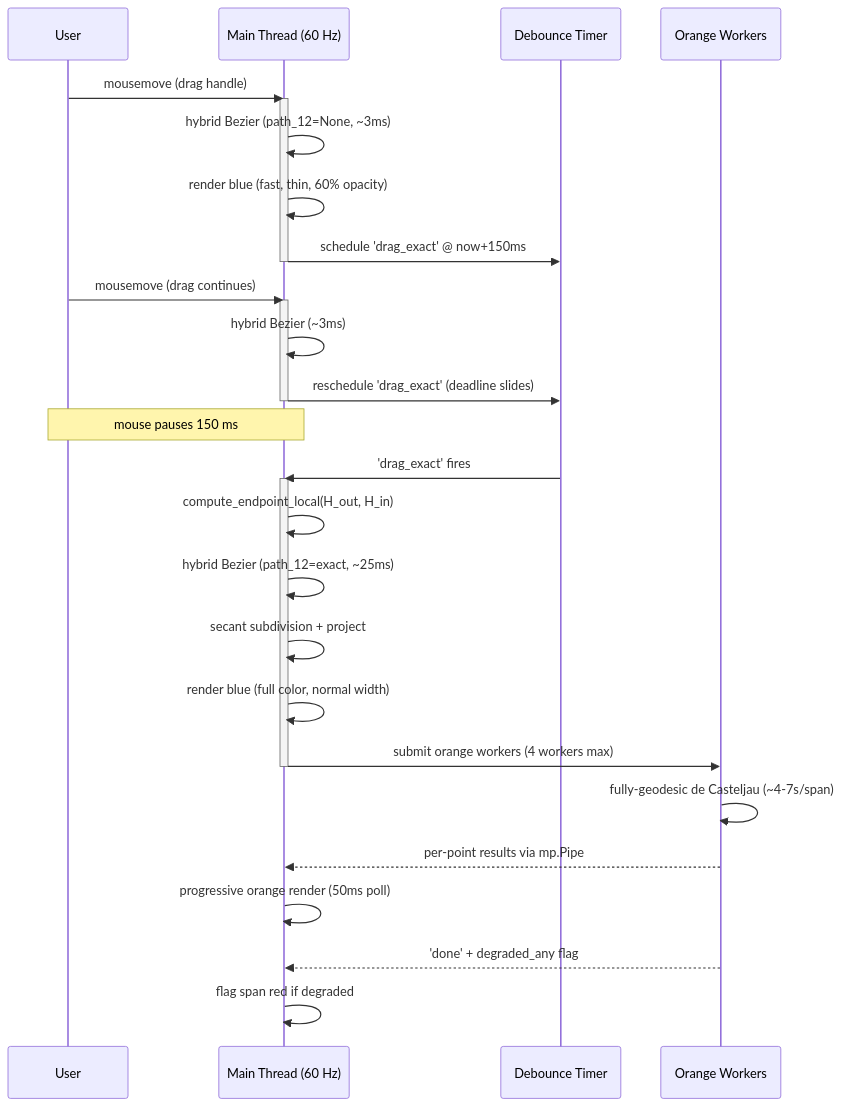
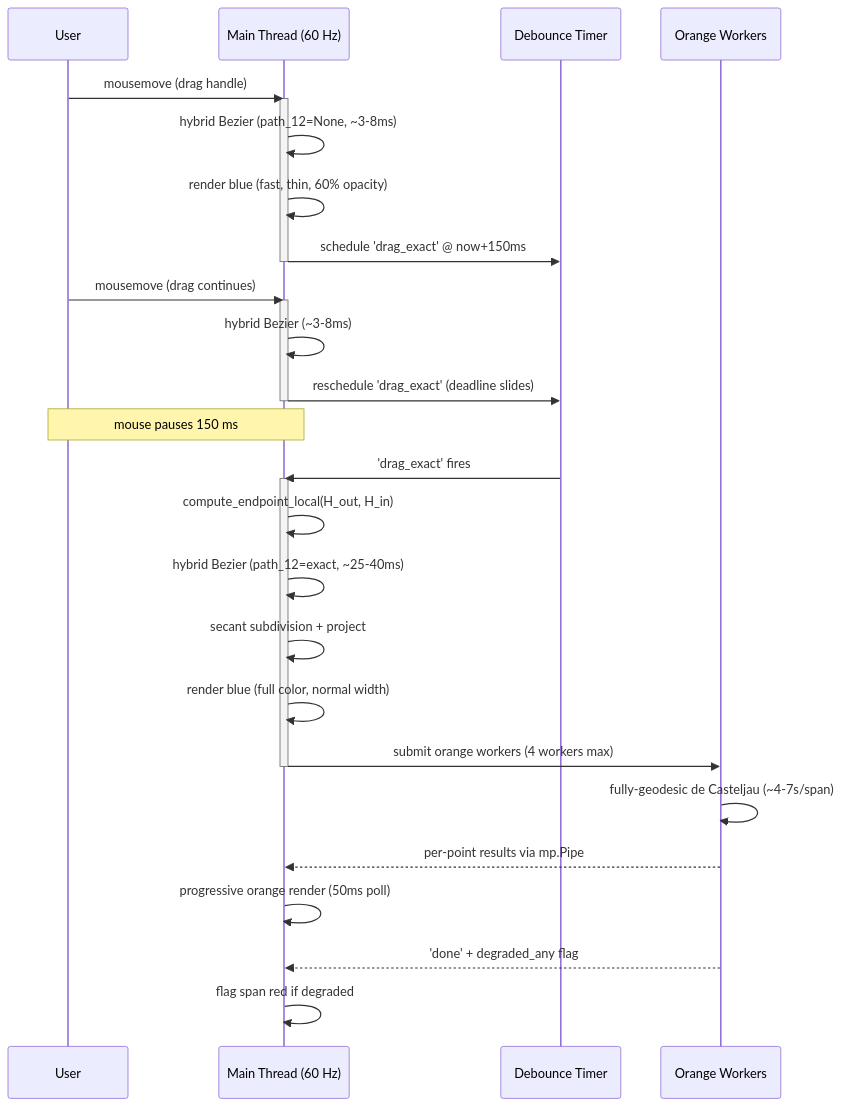
Before and after one commit to ezacur/geodesicSplines: the second of 2 diagrams in README.md, drawn with Mermaid. The commit also changed other lines of this file, not shown here.

````diff
--- a/README.md
+++ b/README.md
@@ -232,37 +244,37 @@
 ```mermaid
 sequenceDiagram
     participant U as User
     participant M as Main Thread (60 Hz)
     participant DB as Debounce Timer
     participant W as Orange Workers
 
     U->>M: mousemove (drag handle)
     activate M
-    M->>M: hybrid Bezier (path_12=None, ~3ms)
+    M->>M: hybrid Bezier (path_12=None, ~3-8ms)
     M->>M: render blue (fast, thin, 60% opacity)
     M->>DB: schedule 'drag_exact' @ now+150ms
     deactivate M
 
     U->>M: mousemove (drag continues)
     activate M
-    M->>M: hybrid Bezier (~3ms)
+    M->>M: hybrid Bezier (~3-8ms)
     M->>DB: reschedule 'drag_exact' (deadline slides)
     deactivate M
 
     Note over U,M: mouse pauses 150 ms
 
     DB->>M: 'drag_exact' fires
     activate M
     M->>M: compute_endpoint_local(H_out, H_in)
-    M->>M: hybrid Bezier (path_12=exact, ~25ms)
+    M->>M: hybrid Bezier (path_12=exact, ~25-40ms)
     M->>M: secant subdivision + project
     M->>M: render blue (full color, normal width)
     M->>W: submit orange workers (4 workers max)
     deactivate M
 
     W->>W: fully-geodesic de Casteljau (~4-7s/span)
     W-->>M: per-point results via mp.Pipe
     M->>M: progressive orange render (50ms poll)
     W-->>M: 'done' + degraded_any flag
     M->>M: flag span red if degraded
 ```
````
